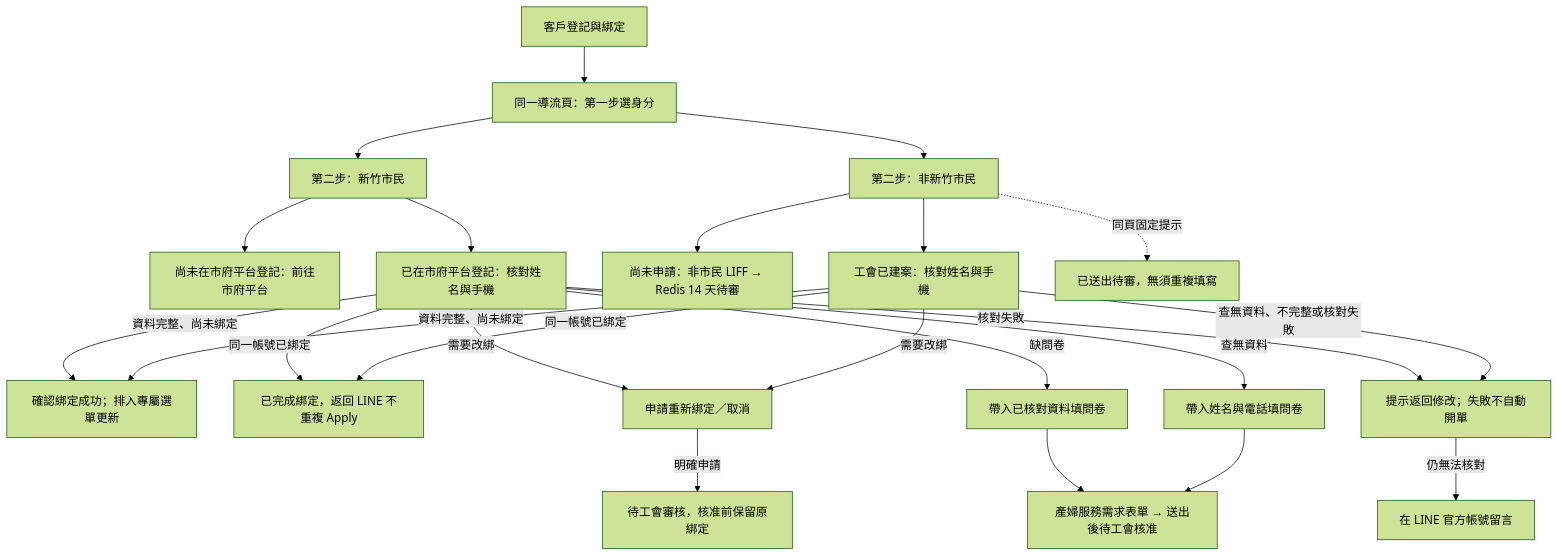
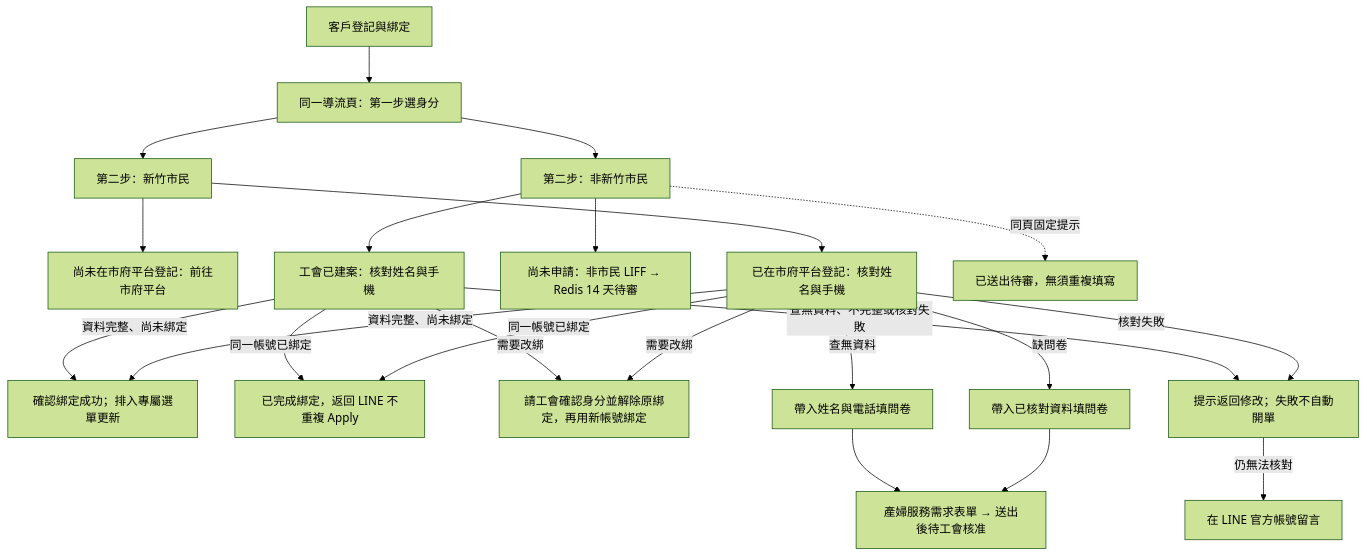
The first of 3 diagrams in document/架構重整/01_規格基線/26_LINE四大模組Eraser流程圖轉錄與驗收基線.md (chrishzc/Labor_union), drawn with Mermaid (forest theme) before and after one commit. The commit also changed other lines of this file and 19 other files, not shown here.

````diff
--- a/document/架構重整/01_規格基線/26_LINE四大模組Eraser流程圖轉錄與驗收基線.md
+++ b/document/架構重整/01_規格基線/26_LINE四大模組Eraser流程圖轉錄與驗收基線.md
@@ -43,25 +43,24 @@
 ```mermaid
 flowchart TD
     User_Entry["客戶登記與綁定"] --> Gateway_View["同一導流頁：第一步選身分"]
     Gateway_View --> Citizen_Status["第二步：新竹市民"]
     Gateway_View --> Non_Citizen_Status["第二步：非新竹市民"]
     Citizen_Status --> Branch_Gov_No["尚未在市府平台登記：前往市府平台"]
     Citizen_Status --> Branch_Gov_Yes["已在市府平台登記：核對姓名與手機"]
     Non_Citizen_Status --> Branch_Non_Citizen["尚未申請：非市民 LIFF → Redis 14 天待審"]
     Non_Citizen_Status --> Non_Citizen_Bind["工會已建案：核對姓名與手機"]
     Non_Citizen_Status -. 同頁固定提示 .-> Pending_Hint["已送出待審，無須重複填寫"]
     Branch_Gov_Yes -->|資料完整、尚未綁定| State_A["確認綁定成功；排入專屬選單更新"]
     Branch_Gov_Yes -->|同一帳號已綁定| Already_Bound["已完成綁定，返回 LINE 不重複 Apply"]
-    Branch_Gov_Yes -->|需要改綁| Rebind_Request["申請重新綁定／取消"]
-    Rebind_Request -->|明確申請| Rebind_Review["待工會審核，核准前保留原綁定"]
+    Branch_Gov_Yes -->|需要改綁| Rebind_Request["請工會確認身分並解除原綁定，再用新帳號綁定"]
     Branch_Gov_Yes -->|缺問卷| State_B["帶入已核對資料填問卷"]
     Branch_Gov_Yes -->|查無資料| State_C["帶入姓名與電話填問卷"]
     State_B --> Register_Form["產婦服務需求表單 → 送出後待工會核准"]
     State_C --> Register_Form
     Branch_Gov_Yes -->|核對失敗| Retry_Fail["提示返回修改；失敗不自動開單"]
     Non_Citizen_Bind -->|資料完整、尚未綁定| State_A
     Non_Citizen_Bind -->|同一帳號已綁定| Already_Bound
     Non_Citizen_Bind -->|需要改綁| Rebind_Request
     Non_Citizen_Bind -->|查無資料、不完整或核對失敗| Retry_Fail
     Retry_Fail -->|仍無法核對| Human_Call["在 LINE 官方帳號留言"]
 ```
````
